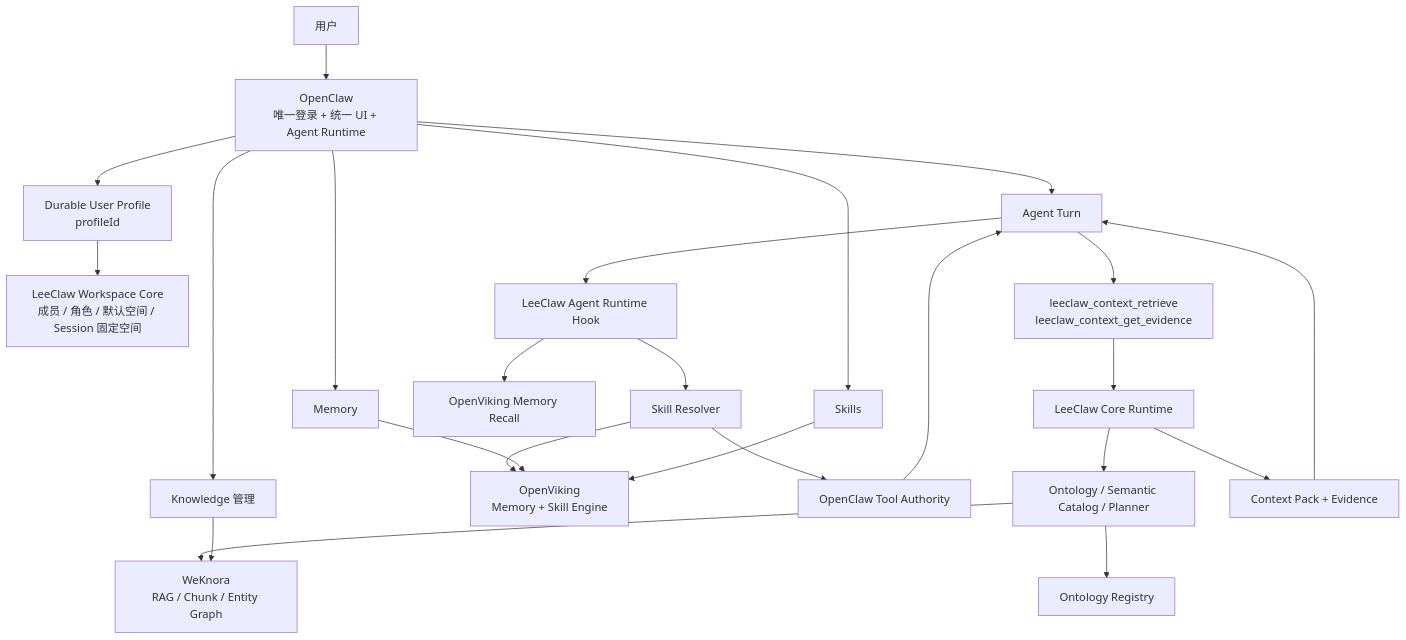
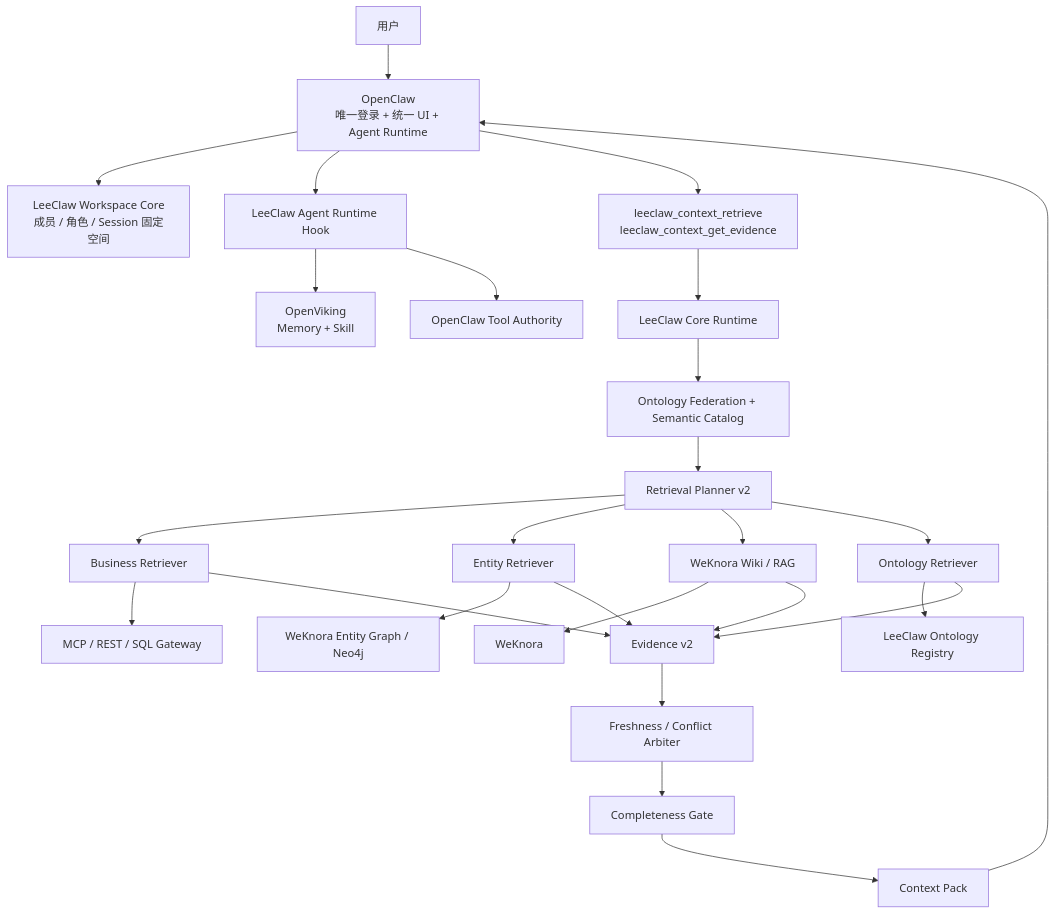
Before and after one commit to superbuzzy/Weknora-Semantica: the diagram in README.md, drawn with Mermaid. The commit also changed other lines of this file and 22 other files, not shown here.

Commit message:
LeeClaw v0.9 — Retrieval Governance

````diff
--- a/README.md
+++ b/README.md
@@ -15,30 +15,29 @@
 ```mermaid
 flowchart TB
     U[用户] --> OC[OpenClaw\n唯一登录 + 统一 UI + Agent Runtime]
-    OC --> P[Durable User Profile\nprofileId]
-    P --> WR[LeeClaw Workspace Core\n成员 / 角色 / 默认空间 / Session 固定空间]
+    OC --> WR[LeeClaw Workspace Core\n成员 / 角色 / Session 固定空间]
+    OC --> RT[LeeClaw Agent Runtime Hook]
+    RT --> OV[OpenViking\nMemory + Skill]
+    RT --> TA[OpenClaw Tool Authority]
 
-    OC --> CHAT[Agent Turn]
-    OC --> KUI[Knowledge 管理]
-    OC --> MUI[Memory]
-    OC --> SUI[Skills]
-
-    CHAT --> RT[LeeClaw Agent Runtime Hook]
-    RT --> MEM[OpenViking Memory Recall]
-    RT --> SR[Skill Resolver]
-    SR --> OV[OpenViking\nMemory + Skill Engine]
-    SR --> TA[OpenClaw Tool Authority]
-    TA --> CHAT
-
-    CHAT --> KT[leeclaw_context_retrieve\nleeclaw_context_get_evidence]
+    OC --> KT[leeclaw_context_retrieve\nleeclaw_context_get_evidence]
     KT --> KCORE[LeeClaw Core Runtime]
-    KCORE --> PL[Ontology / Semantic Catalog / Planner]
-    PL --> WK[WeKnora\nRAG / Chunk / Entity Graph]
-    PL --> ONT[Ontology Registry]
-    KCORE --> CP[Context Pack + Evidence]
-    CP --> CHAT
-
-    KUI --> WK
-    MUI --> OV
-    SUI --> OV
+    KCORE --> ONT[Ontology Federation + Semantic Catalog]
+    ONT --> PL[Retrieval Planner v2]
+    PL --> BR[Business Retriever]
+    PL --> ER[Entity Retriever]
+    PL --> RAG[WeKnora Wiki / RAG]
+    PL --> OR[Ontology Retriever]
+    BR --> BG[MCP / REST / SQL Gateway]
+    ER --> NEO[WeKnora Entity Graph / Neo4j]
+    RAG --> WK[WeKnora]
+    OR --> REG[LeeClaw Ontology Registry]
+    BR --> NORM[Evidence v2]
+    ER --> NORM
+    RAG --> NORM
+    OR --> NORM
+    NORM --> ARB[Freshness / Conflict Arbiter]
+    ARB --> CG[Completeness Gate]
+    CG --> CP[Context Pack]
+    CP --> OC
 ```
````
